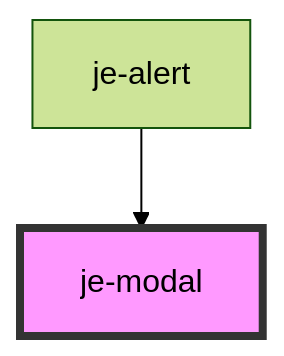
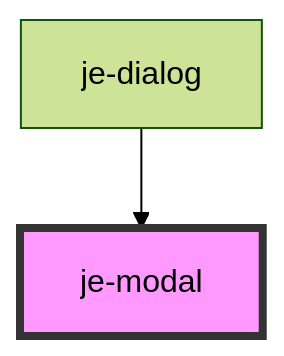
Before and after one commit to pgreen00/jebamo: the diagram in packages/docs/docs/components/je-modal/readme.md, drawn with Mermaid (forest theme). The commit also changed other lines of this file and 23 other files, not shown here.

````diff
--- a/packages/docs/docs/components/je-modal/readme.md
+++ b/packages/docs/docs/components/je-modal/readme.md
@@ -71,5 +71,5 @@
 ```mermaid
 graph TD;
-  je-alert --> je-modal
+  je-dialog --> je-modal
   style je-modal fill:#f9f,stroke:#333,stroke-width:4px
 ```
````
